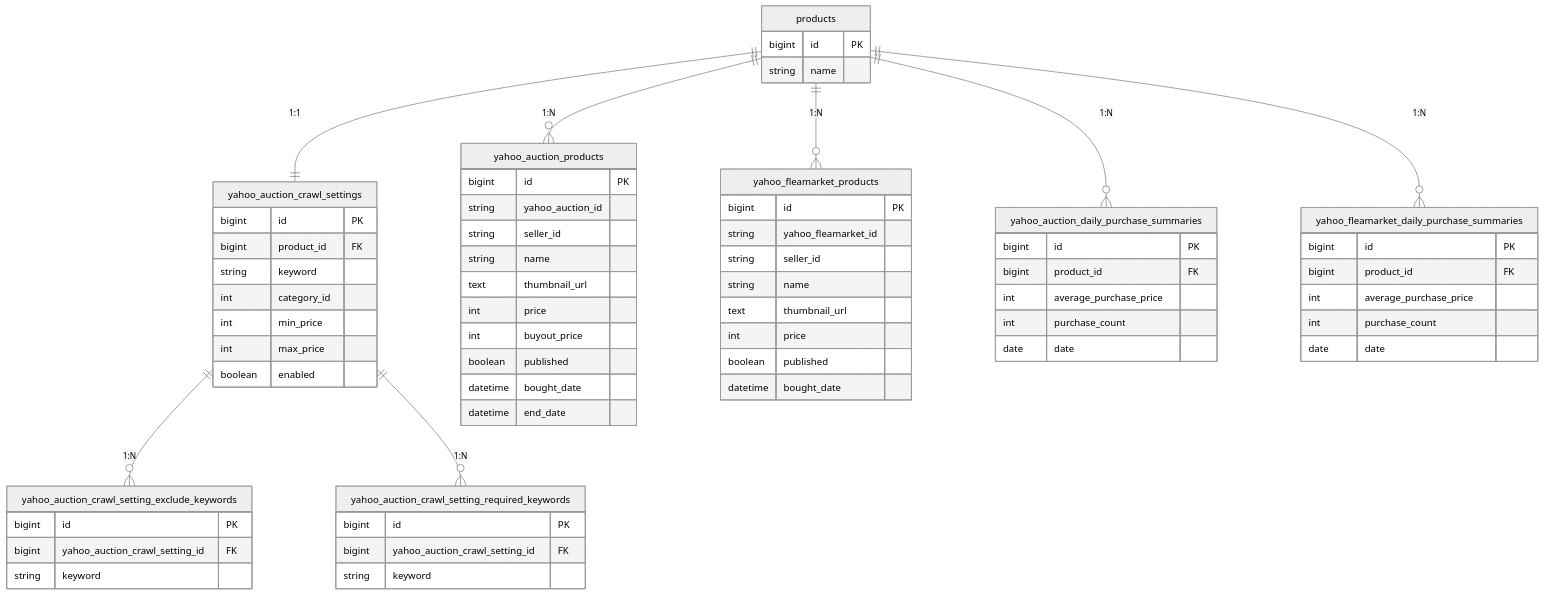
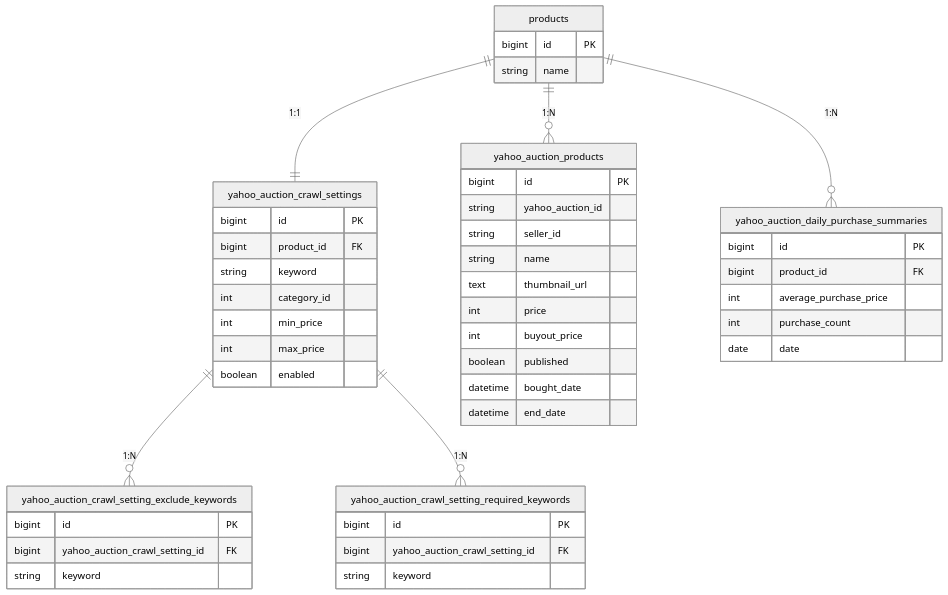
One commit to kuroweb/price-monitoring changed the second of 8 diagrams in README.md. Above: the diagram before and after it, drawn with Mermaid (neutral theme). The commit also changed other lines of this file, not shown here.

````diff
--- a/README.md
+++ b/README.md
@@ -78,70 +79,51 @@
 ```mermaid
 erDiagram
   products {
     bigint id PK
     string name
   }
   yahoo_auction_crawl_settings {
     bigint id PK
     bigint product_id FK
     string keyword
     int category_id
     int min_price
     int max_price
     boolean enabled
   }
   yahoo_auction_crawl_setting_exclude_keywords {
     bigint id PK
     bigint yahoo_auction_crawl_setting_id FK
     string keyword
   }
   yahoo_auction_crawl_setting_required_keywords {
     bigint id PK
     bigint yahoo_auction_crawl_setting_id FK
     string keyword
   }
   yahoo_auction_products {
     bigint id PK
     string yahoo_auction_id
     string seller_id
     string name
     text thumbnail_url
     int price
     int buyout_price
     boolean published
     datetime bought_date
     datetime end_date
   }
-  yahoo_fleamarket_products {
-    bigint id PK
-    string yahoo_fleamarket_id
-    string seller_id
-    string name
-    text thumbnail_url
-    int price
-    boolean published
-    datetime bought_date
-  }
   yahoo_auction_daily_purchase_summaries {
-    bigint id PK
-    bigint product_id FK
-    int average_purchase_price
-    int purchase_count
-    date date
-  }
-  yahoo_fleamarket_daily_purchase_summaries {
     bigint id PK
     bigint product_id FK
     int average_purchase_price
     int purchase_count
     date date
   }
 
   products ||--|| yahoo_auction_crawl_settings : "1:1"
   yahoo_auction_crawl_settings ||--o{ yahoo_auction_crawl_setting_exclude_keywords : "1:N"
   yahoo_auction_crawl_settings ||--o{ yahoo_auction_crawl_setting_required_keywords : "1:N"
   products ||--o{ yahoo_auction_products : "1:N"
-  products ||--o{ yahoo_fleamarket_products : "1:N"
   products ||--o{ yahoo_auction_daily_purchase_summaries : "1:N"
-  products ||--o{ yahoo_fleamarket_daily_purchase_summaries : "1:N"
 ```
````
